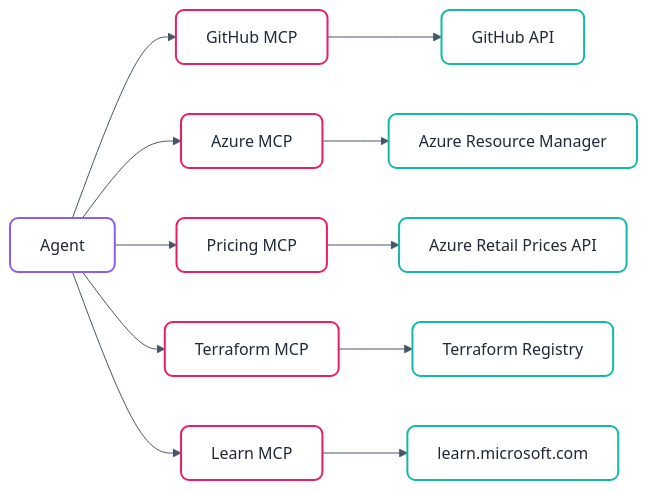
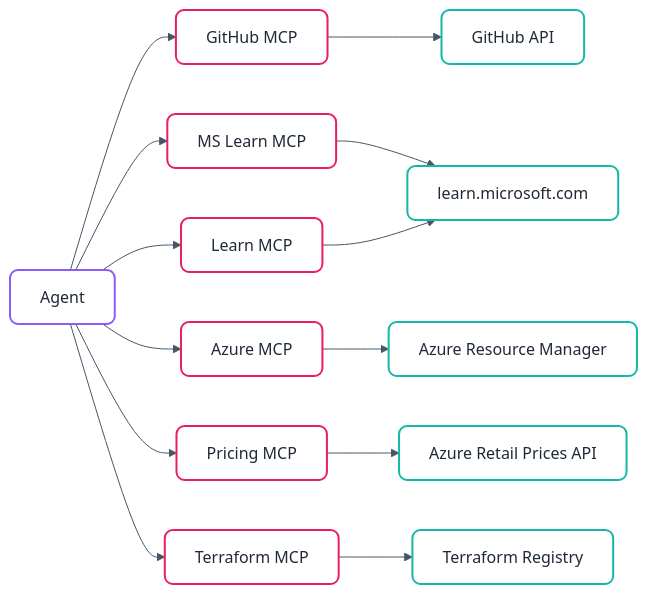
The diagram in docs/how-it-works/mcp-integration.md (tan-ex/apex-agent-blueprint), drawn with Mermaid before and after one commit. The commit also changed other lines of this file and 758 other files, not shown here.

````diff
--- a/docs/how-it-works/mcp-integration.md
+++ b/docs/how-it-works/mcp-integration.md
@@ -21,34 +21,36 @@
 ```mermaid
 %%{
   init: {
     'theme': 'base',
     'themeVariables': {
       'primaryColor': '#ffffff',
       'primaryTextColor': '#333333',
       'primaryBorderColor': '#14b8a6',
       'lineColor': '#475569',
       'fontFamily': 'ui-sans-serif, system-ui, -apple-system, sans-serif'
     },
     'flowchart': {
       'curve': 'basis',
       'nodeSpacing': 50,
       'rankSpacing': 50
     }
   }
 }%%
 flowchart LR
     classDef default fill:#ffffff,stroke:#14b8a6,stroke-width:2px,color:#1f2937,rx:8px,ry:8px;
     classDef agent fill:#ffffff,stroke:#8b5cf6,stroke-width:2px,color:#1f2937,rx:8px,ry:8px;
     classDef mcp fill:#ffffff,stroke:#e91e63,stroke-width:2px,color:#1f2937,rx:8px,ry:8px;
 
     A["Agent"]:::agent --> M1["GitHub MCP"]:::mcp
+    A --> M2["MS Learn MCP"]:::mcp
     A --> M3["Azure MCP"]:::mcp
     A --> M4["Pricing MCP"]:::mcp
     A --> M5["Terraform MCP"]:::mcp
     A --> M6["Learn MCP"]:::mcp
     M1 --> G["GitHub API"]
+    M2 --> L["Microsoft Learn API"]
     M3 --> AZ["Azure Resource Manager"]
     M4 --> P["Azure Retail Prices API"]
     M5 --> T["Terraform Registry"]
     M6 --> L["learn.microsoft.com"]
 ```
````
